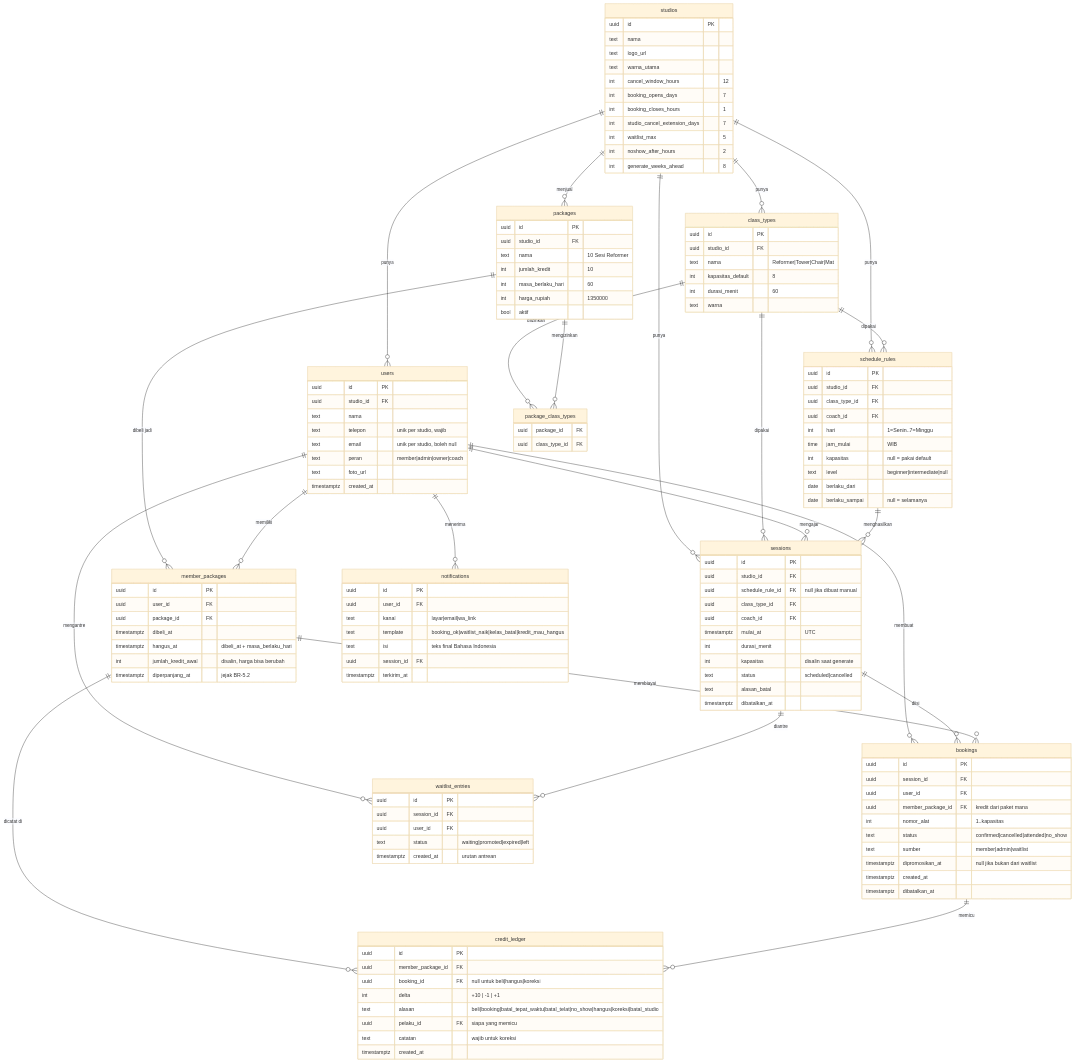
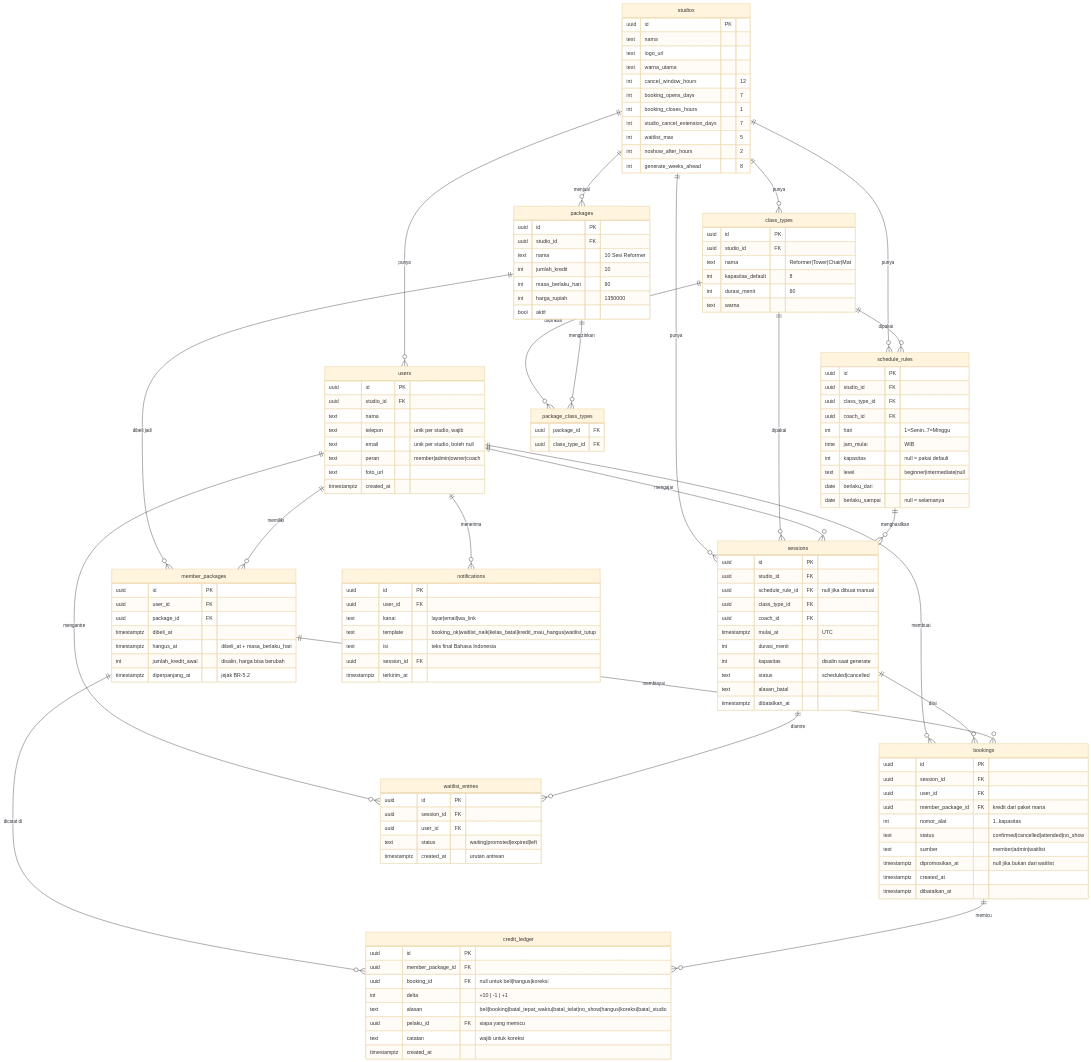
The first of 2 diagrams in docs/05-data-model.md (arikmhm/pilates-booking-system), drawn with Mermaid (base theme) before and after one commit. The commit also changed other lines of this file and 21 other files, not shown here.

```diff
--- a/docs/05-data-model.md
+++ b/docs/05-data-model.md
@@ -166,7 +166,7 @@
         uuid id PK
         uuid user_id FK
         text kanal "layar|email|wa_link"
-        text template "booking_ok|waitlist_naik|kelas_batal|kredit_mau_hangus"
+        text template "booking_ok|waitlist_naik|kelas_batal|kredit_mau_hangus|waitlist_tutup"
         text isi "teks final Bahasa Indonesia"
         uuid session_id FK
         timestamptz terkirim_at
```
